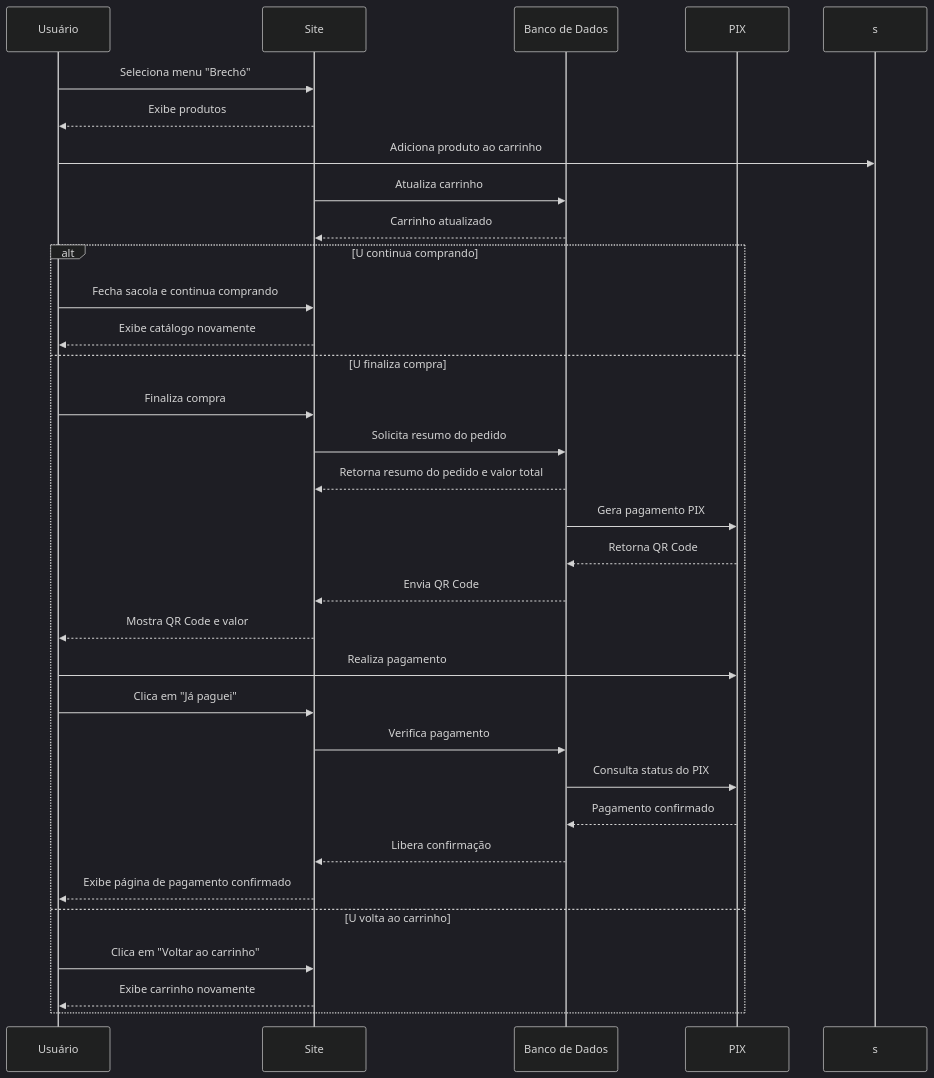
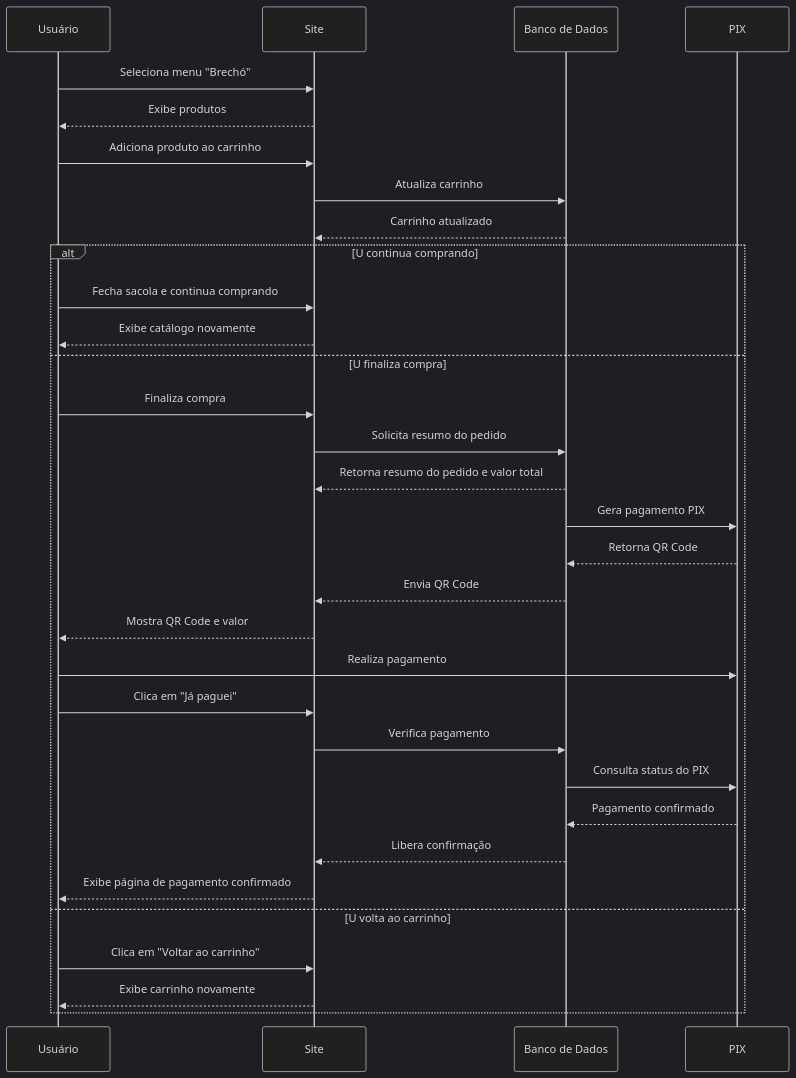
Before and after one commit to ligiaoliveira/Casa-dos-Gatos: the ninth of 11 diagrams in README.md, drawn with Mermaid (dark theme).

Commit message:
Atualizar o README.md

````diff
--- a/README.md
+++ b/README.md
@@ -376,38 +376,38 @@
 ```mermaid
 sequenceDiagram
     participant U as Usuário 
     participant S as Site
     participant BD as Banco de Dados
     participant P as PIX
 
 U->>S: Seleciona menu "Brechó"
 S-->>U: Exibe produtos
-U->>s: Adiciona produto ao carrinho
+U->>S: Adiciona produto ao carrinho
 S->>BD: Atualiza carrinho
 BD-->>S: Carrinho atualizado
 
 alt U continua comprando
 U->>S: Fecha sacola e continua comprando
 S-->>U: Exibe catálogo novamente
 
 else U finaliza compra
 U->>S: Finaliza compra
 S->>BD: Solicita resumo do pedido
 BD-->>S: Retorna resumo do pedido e valor total
 BD->>P: Gera pagamento PIX
 P-->>BD: Retorna QR Code
 BD-->>S: Envia QR Code
 S-->>U: Mostra QR Code e valor
 U->>P: Realiza pagamento
 U->>S: Clica em "Já paguei"
 S->>BD: Verifica pagamento
 BD->>P: Consulta status do PIX
 P-->>BD: Pagamento confirmado
 BD-->>S: Libera confirmação
 S-->>U: Exibe página de pagamento confirmado
 
 else U volta ao carrinho
 U->>S: Clica em "Voltar ao carrinho"
 S-->>U: Exibe carrinho novamente
 end
 ```
````
